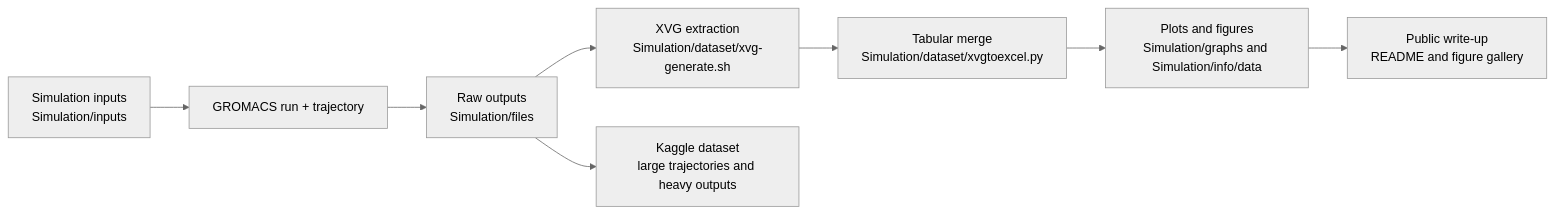
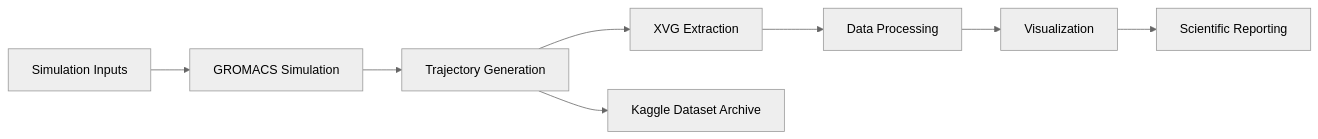
The diagram in README.md (wasitkrish/Myoglobin-1MBN-Simulation), drawn with Mermaid (neutral theme) before and after one commit. The commit also changed other lines of this file, not shown here.

````diff
--- a/README.md
+++ b/README.md
@@ -30,10 +76,11 @@
 ```mermaid
 flowchart LR
-    A[Simulation inputs<br/>Simulation/inputs] --> B[GROMACS run + trajectory]
-    B --> C[Raw outputs<br/>Simulation/files]
-    C --> D[XVG extraction<br/>Simulation/dataset/xvg-generate.sh]
-    D --> E[Tabular merge<br/>Simulation/dataset/xvgtoexcel.py]
-    E --> F[Plots and figures<br/>Simulation/graphs and Simulation/info/data]
-    F --> G[Public write-up<br/>README and figure gallery]
-    C --> H[Kaggle dataset<br/>large trajectories and heavy outputs]
+    A[Simulation Inputs] --> B[GROMACS Simulation]
+    B --> C[Trajectory Generation]
+    C --> D[XVG Extraction]
+    D --> E[Data Processing]
+    E --> F[Visualization]
+    F --> G[Scientific Reporting]
+
+    C --> H[Kaggle Dataset Archive]
 ```
````
